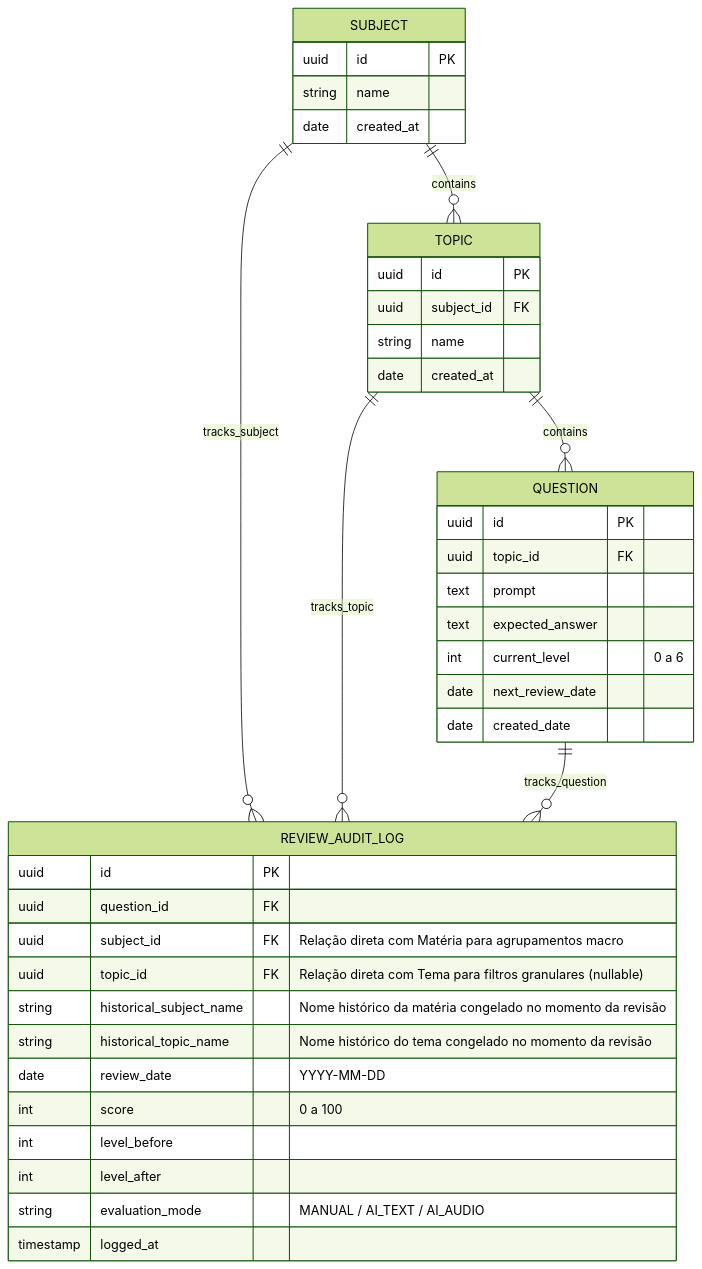
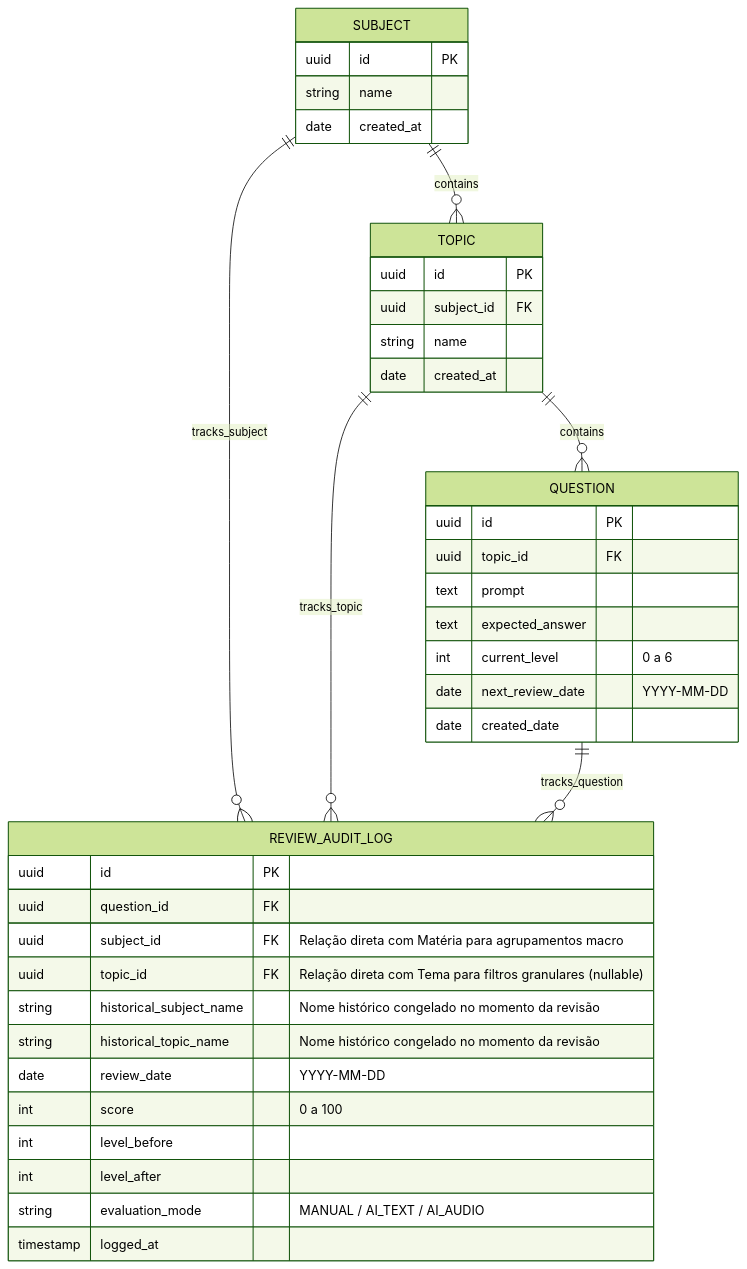
One commit to gabrielffreitas94-commits/study_reviewer changed the second of 4 diagrams in PRD.md. Above: the diagram before and after it, drawn with Mermaid (forest theme). The commit also changed other lines of this file, not shown here.

````diff
--- a/PRD.md
+++ b/PRD.md
@@ -86,46 +110,46 @@
 ```mermaid
 erDiagram
     SUBJECT ||--o{ TOPIC : contains
     TOPIC ||--o{ QUESTION : contains
     SUBJECT ||--o{ REVIEW_AUDIT_LOG : tracks_subject
     TOPIC ||--o{ REVIEW_AUDIT_LOG : tracks_topic
     QUESTION ||--o{ REVIEW_AUDIT_LOG : tracks_question
 
     SUBJECT {
         uuid id PK
         string name
         date created_at
     }
 
     TOPIC {
         uuid id PK
         uuid subject_id FK
         string name
         date created_at
     }
 
     QUESTION {
         uuid id PK
         uuid topic_id FK
         text prompt
         text expected_answer
         int current_level "0 a 6"
-        date next_review_date
+        date next_review_date "YYYY-MM-DD"
         date created_date
     }
 
     REVIEW_AUDIT_LOG {
         uuid id PK
         uuid question_id FK
         uuid subject_id FK "Relação direta com Matéria para agrupamentos macro"
         uuid topic_id FK "Relação direta com Tema para filtros granulares (nullable)"
-        string historical_subject_name "Nome histórico da matéria congelado no momento da revisão"
-        string historical_topic_name "Nome histórico do tema congelado no momento da revisão"
+        string historical_subject_name "Nome histórico congelado no momento da revisão"
+        string historical_topic_name "Nome histórico congelado no momento da revisão"
         date review_date "YYYY-MM-DD"
         int score "0 a 100"
         int level_before
         int level_after
         string evaluation_mode "MANUAL / AI_TEXT / AI_AUDIO"
         timestamp logged_at
     }
 ```
````
